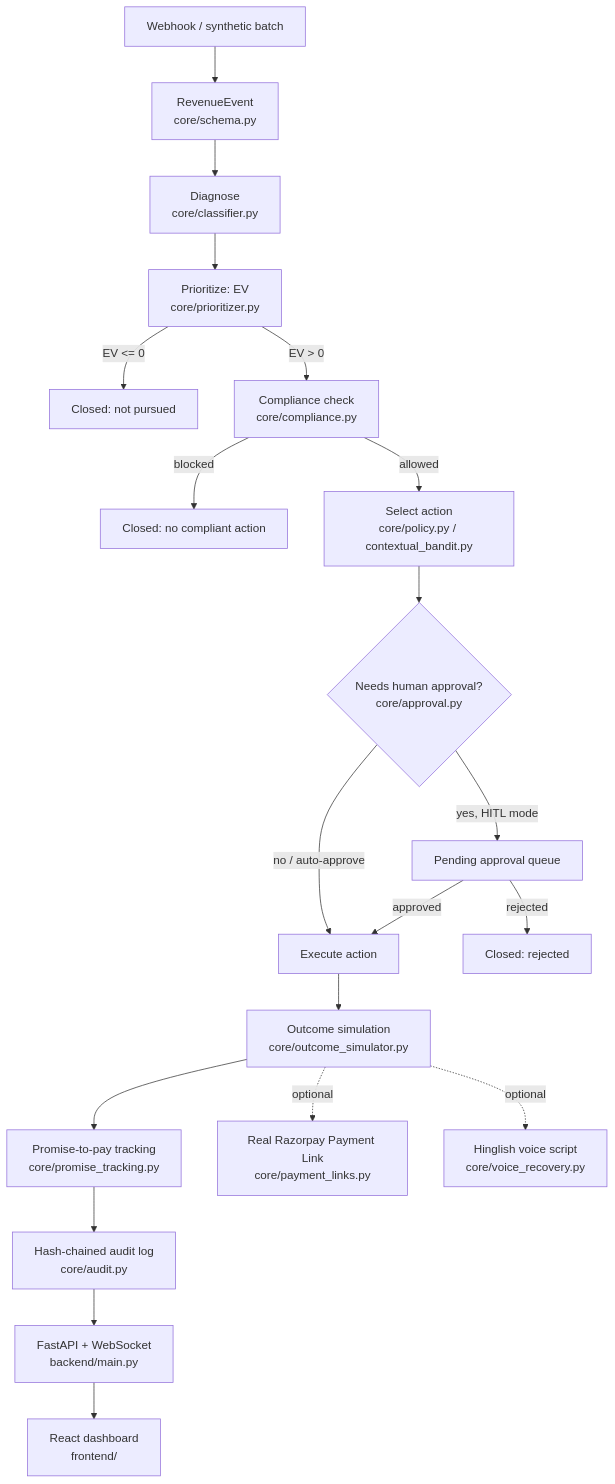
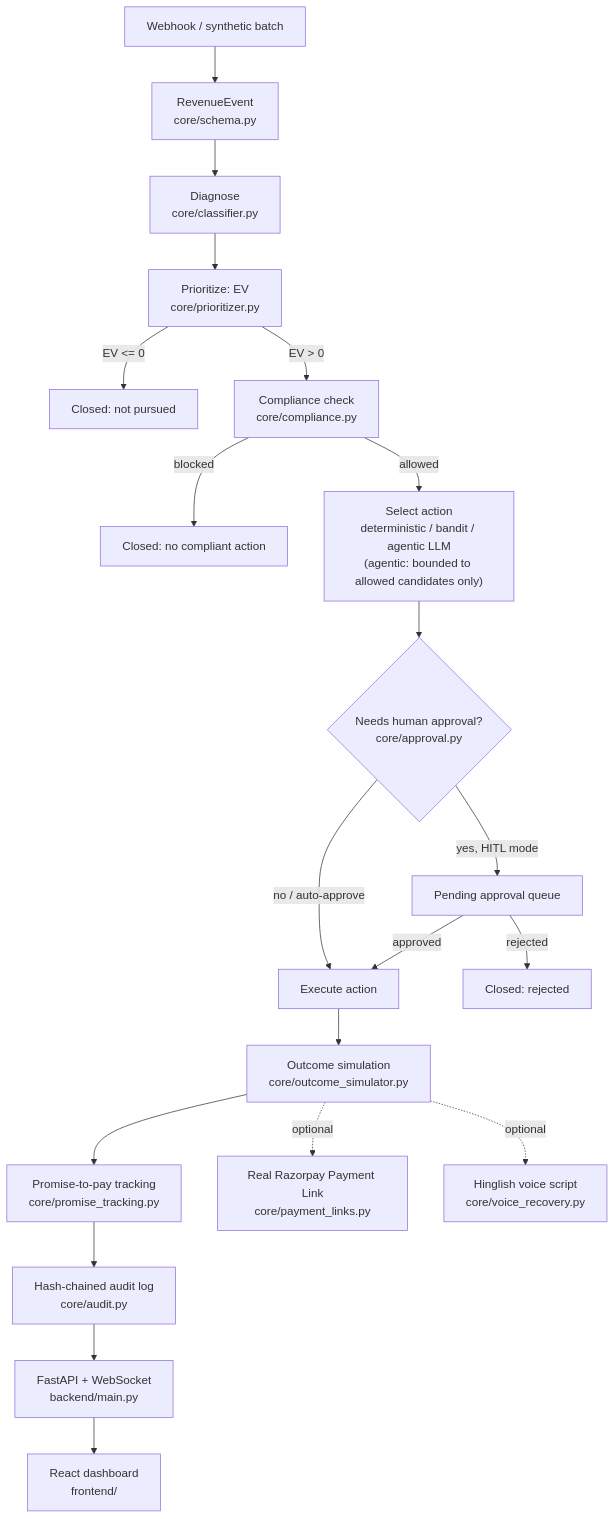
The first of 2 diagrams in README.md (agastyasharma20/revenue-recovery-agent), drawn with Mermaid before and after one commit. The commit also changed other lines of this file and 12 other files, not shown here.

````diff
--- a/README.md
+++ b/README.md
@@ -161,22 +164,22 @@
 ```mermaid
 flowchart TD
     A["Webhook / synthetic batch"] --> B["RevenueEvent<br/>core/schema.py"]
     B --> C["Diagnose<br/>core/classifier.py"]
     C --> D["Prioritize: EV<br/>core/prioritizer.py"]
     D -->|"EV <= 0"| Z1["Closed: not pursued"]
     D -->|"EV > 0"| E["Compliance check<br/>core/compliance.py"]
     E -->|"blocked"| Z2["Closed: no compliant action"]
-    E -->|"allowed"| F["Select action<br/>core/policy.py / contextual_bandit.py"]
+    E -->|"allowed"| F["Select action<br/>deterministic / bandit / agentic LLM<br/>(agentic: bounded to allowed candidates only)"]
     F --> G{"Needs human approval?<br/>core/approval.py"}
     G -->|"yes, HITL mode"| H["Pending approval queue"]
     H -->|"approved"| I["Execute action"]
     H -->|"rejected"| Z3["Closed: rejected"]
     G -->|"no / auto-approve"| I
     I --> J["Outcome simulation<br/>core/outcome_simulator.py"]
     J --> K["Promise-to-pay tracking<br/>core/promise_tracking.py"]
     K --> L["Hash-chained audit log<br/>core/audit.py"]
     J -.optional.-> M["Real Razorpay Payment Link<br/>core/payment_links.py"]
     J -.optional.-> N["Hinglish voice script<br/>core/voice_recovery.py"]
     L --> O["FastAPI + WebSocket<br/>backend/main.py"]
     O --> P["React dashboard<br/>frontend/"]
 ```
````
